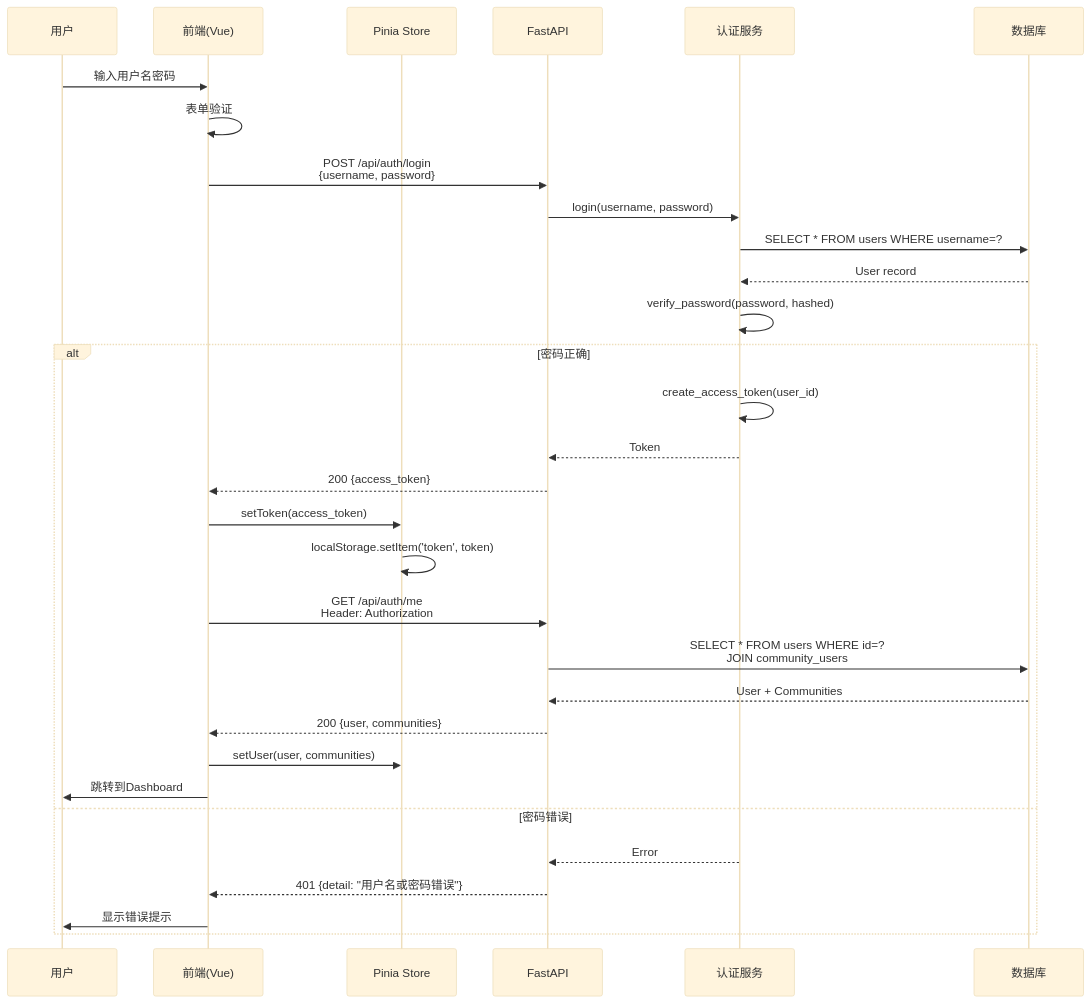
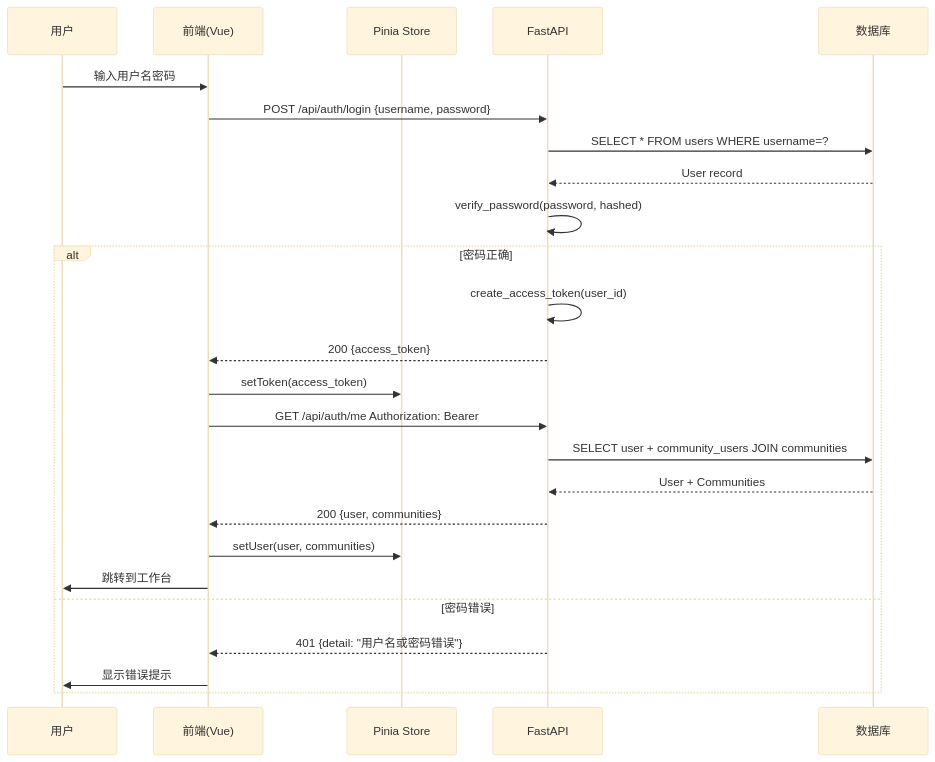
The fourth of 17 diagrams in docs/uml/01-类图与时序图.md (ZhengZhenyu/omnicontent), drawn with Mermaid (base theme) before and after one commit. The commit also changed other lines of this file and 15 other files, not shown here.

````diff
--- a/docs/uml/01-类图与时序图.md
+++ b/docs/uml/01-类图与时序图.md
@@ -223,39 +306,30 @@
 ```mermaid
 sequenceDiagram
     participant User as 用户
     participant Frontend as 前端(Vue)
     participant AuthStore as Pinia Store
     participant API as FastAPI
-    participant AuthService as 认证服务
     participant DB as 数据库
 
     User->>Frontend: 输入用户名密码
-    Frontend->>Frontend: 表单验证
-    Frontend->>API: POST /api/auth/login<br/>{username, password}
+    Frontend->>API: POST /api/auth/login {username, password}
 
-    API->>AuthService: login(username, password)
-    AuthService->>DB: SELECT * FROM users WHERE username=?
-    DB-->>AuthService: User record
-    AuthService->>AuthService: verify_password(password, hashed)
+    API->>DB: SELECT * FROM users WHERE username=?
+    DB-->>API: User record
+    API->>API: verify_password(password, hashed)
 
     alt 密码正确
-        AuthService->>AuthService: create_access_token(user_id)
-        AuthService-->>API: Token
+        API->>API: create_access_token(user_id)
         API-->>Frontend: 200 {access_token}
-
         Frontend->>AuthStore: setToken(access_token)
-        AuthStore->>AuthStore: localStorage.setItem('token', token)
-
-        Frontend->>API: GET /api/auth/me<br/>Header: Authorization
-        API->>DB: SELECT * FROM users WHERE id=?<br/>JOIN community_users
+        Frontend->>API: GET /api/auth/me  Authorization: Bearer
+        API->>DB: SELECT user + community_users JOIN communities
         DB-->>API: User + Communities
         API-->>Frontend: 200 {user, communities}
-
         Frontend->>AuthStore: setUser(user, communities)
-        Frontend->>User: 跳转到Dashboard
+        Frontend->>User: 跳转到工作台
     else 密码错误
-        AuthService-->>API: Error
         API-->>Frontend: 401 {detail: "用户名或密码错误"}
         Frontend->>User: 显示错误提示
     end
 ```
````
